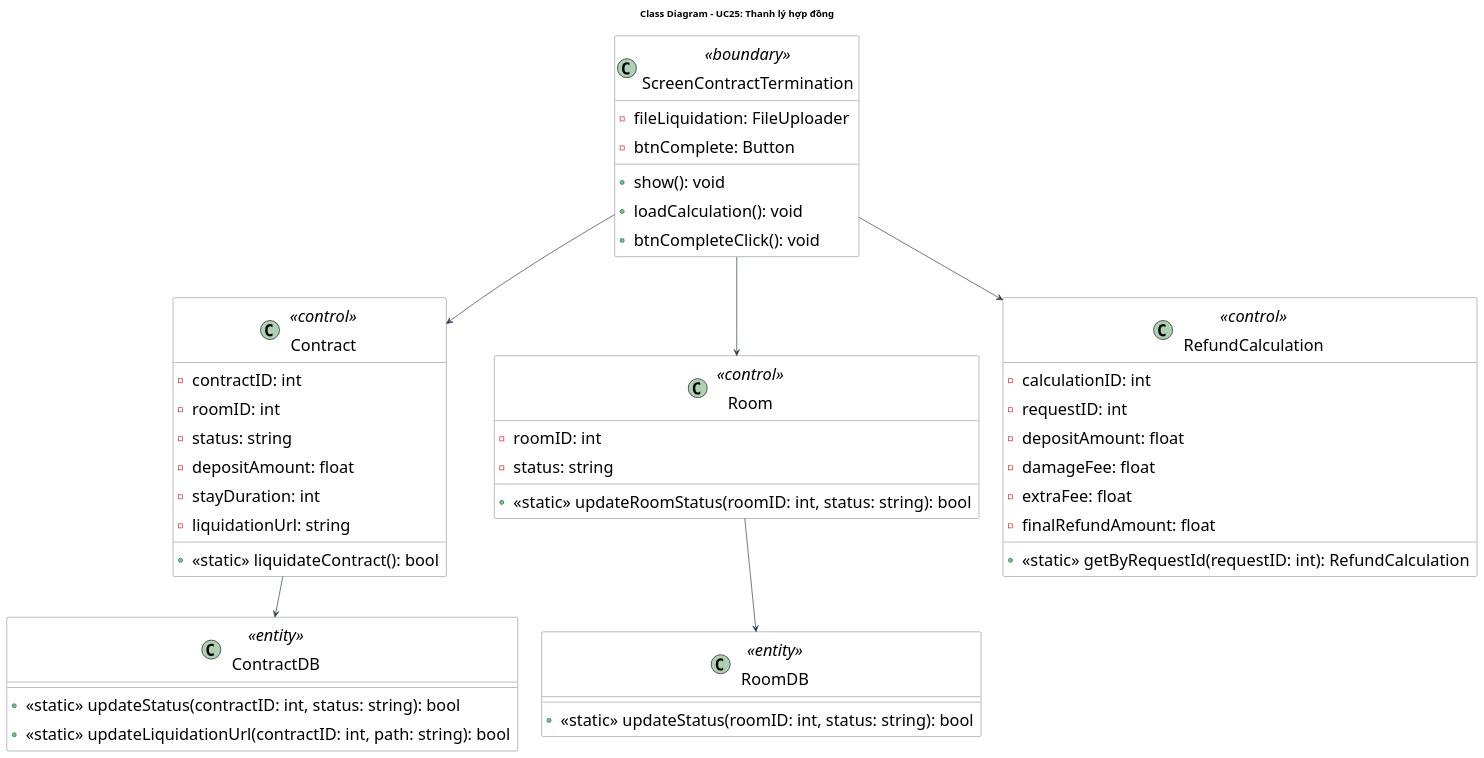
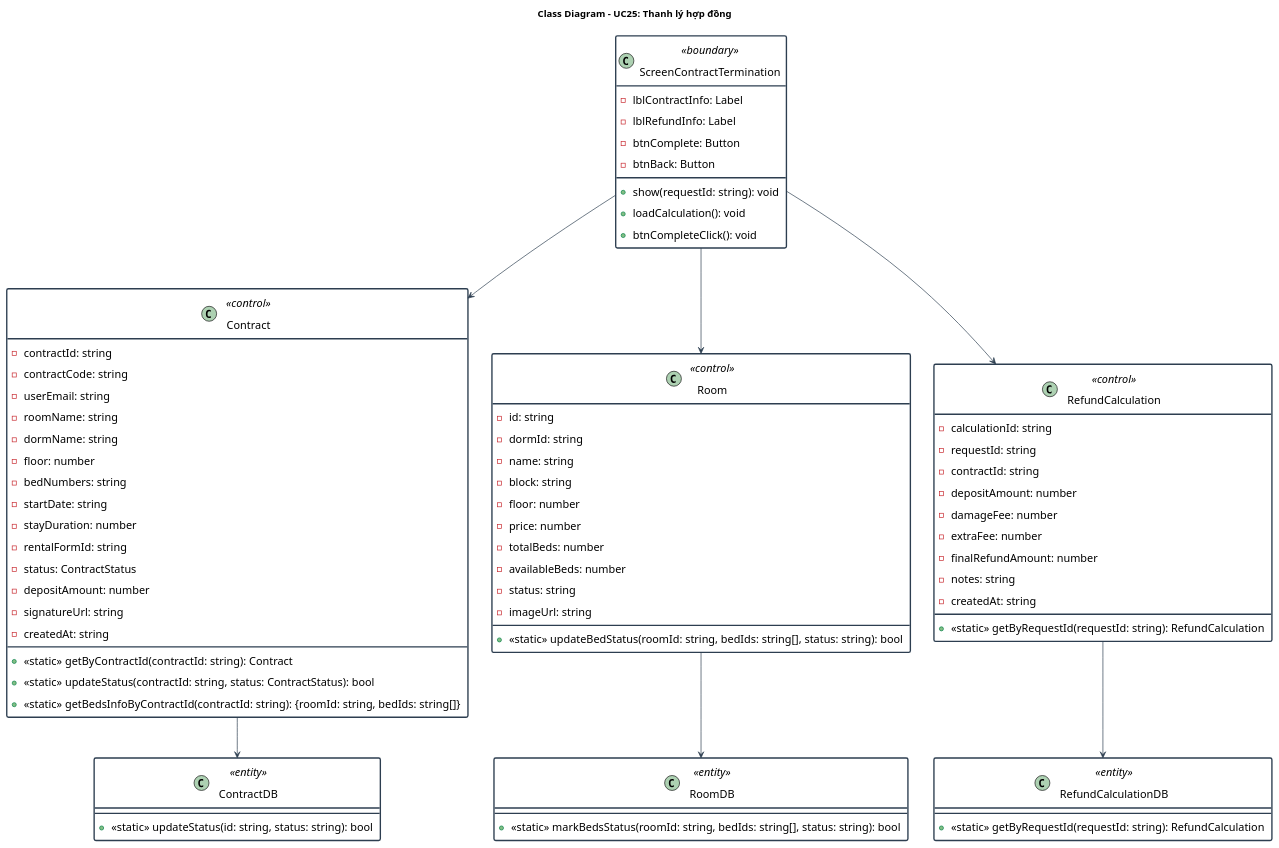
One commit to Gnourt812005/HCMUS-Analyze-and-desgin-IS changed the diagram in doc/system/thanh_ly_hop_dong/ThanhLyHopDong_ClassDiagram.wsd. Above: the diagram before and after it, drawn with PlantUML. The commit also changed 9 other files, not shown here.

Commit message:
quangdo/diagrams: reviewed diagrams

```diff
--- a/doc/system/thanh_ly_hop_dong/ThanhLyHopDong_ClassDiagram.wsd
+++ b/doc/system/thanh_ly_hop_dong/ThanhLyHopDong_ClassDiagram.wsd
@@ -1,62 +1,91 @@
 @startuml ThanhLyHopDong_ClassDiagram
 title Class Diagram - UC25: Thanh lý hợp đồng
 
 skinparam {
     ClassBackgroundColor White
+    ArrowColor #2D3E50
     ClassBorderColor #2D3E50
-    ArrowColor #2D3E50
     DefaultFontName "Arial"
-    DefaultFontSize 24
+    DefaultFontSize 16
+    ClassBorderThickness 2
+    StereotypeFontColor #2D3E50
     Padding 5
 }
 
 class "ScreenContractTermination" as ContractLiquidationScreen <<boundary>> {
-  - fileLiquidation: FileUploader
+  - lblContractInfo: Label
+  - lblRefundInfo: Label
   - btnComplete: Button
-  + show(): void
+  - btnBack: Button
+  + show(requestId: string): void
   + loadCalculation(): void
   + btnCompleteClick(): void
 }
 
 class "Contract" as Contract <<control>> {
-  - contractID: int
-  - roomID: int
-  - status: string
-  - depositAmount: float
-  - stayDuration: int
-  - liquidationUrl: string
-  + <<static>> liquidateContract(): bool
+  - contractId: string
+  - contractCode: string
+  - userEmail: string
+  - roomName: string
+  - dormName: string
+  - floor: number
+  - bedNumbers: string
+  - startDate: string
+  - stayDuration: number
+  - rentalFormId: string
+  - status: ContractStatus
+  - depositAmount: number
+  - signatureUrl: string
+  - createdAt: string
+  + <<static>> getByContractId(contractId: string): Contract 
+  + <<static>> updateStatus(contractId: string, status: ContractStatus): bool
+  + <<static>> getBedsInfoByContractId(contractId: string): {roomId: string, bedIds: string[]} 
 }
 
 class "ContractDB" as ContractDB <<entity>> {
-  + <<static>> updateStatus(contractID: int, status: string): bool
-  + <<static>> updateLiquidationUrl(contractID: int, path: string): bool
+  + <<static>> updateStatus(id: string, status: string): bool
 }
 
 class "Room" as Room <<control>> {
-  - roomID: int
+  - id: string
+  - dormId: string
+  - name: string
+  - block: string
+  - floor: number
+  - price: number
+  - totalBeds: number
+  - availableBeds: number
   - status: string
-  + <<static>> updateRoomStatus(roomID: int, status: string): bool
+  - imageUrl: string
+  + <<static>> updateBedStatus(roomId: string, bedIds: string[], status: string): bool
 }
 
 class "RoomDB" as RoomDB <<entity>> {
-  + <<static>> updateStatus(roomID: int, status: string): bool
+  + <<static>> markBedsStatus(roomId: string, bedIds: string[], status: string): bool
 }
 
 class "RefundCalculation" as RefundCalculation <<control>> {
-  - calculationID: int
-  - requestID: int
-  - depositAmount: float
-  - damageFee: float
-  - extraFee: float
-  - finalRefundAmount: float
-  + <<static>> getByRequestId(requestID: int): RefundCalculation
+  - calculationId: string
+  - requestId: string
+  - contractId: string
+  - depositAmount: number
+  - damageFee: number
+  - extraFee: number
+  - finalRefundAmount: number
+  - notes: string
+  - createdAt: string
+  + <<static>> getByRequestId(requestId: string): RefundCalculation 
+}
+
+class "RefundCalculationDB" as RefundCalculationDB <<entity>> {
+  + <<static>> getByRequestId(requestId: string): RefundCalculation
 }
 
 ContractLiquidationScreen --> Contract
 ContractLiquidationScreen --> RefundCalculation
 Contract --> ContractDB
 ContractLiquidationScreen --> Room
 Room --> RoomDB
+RefundCalculation --> RefundCalculationDB
 
 @enduml
```
